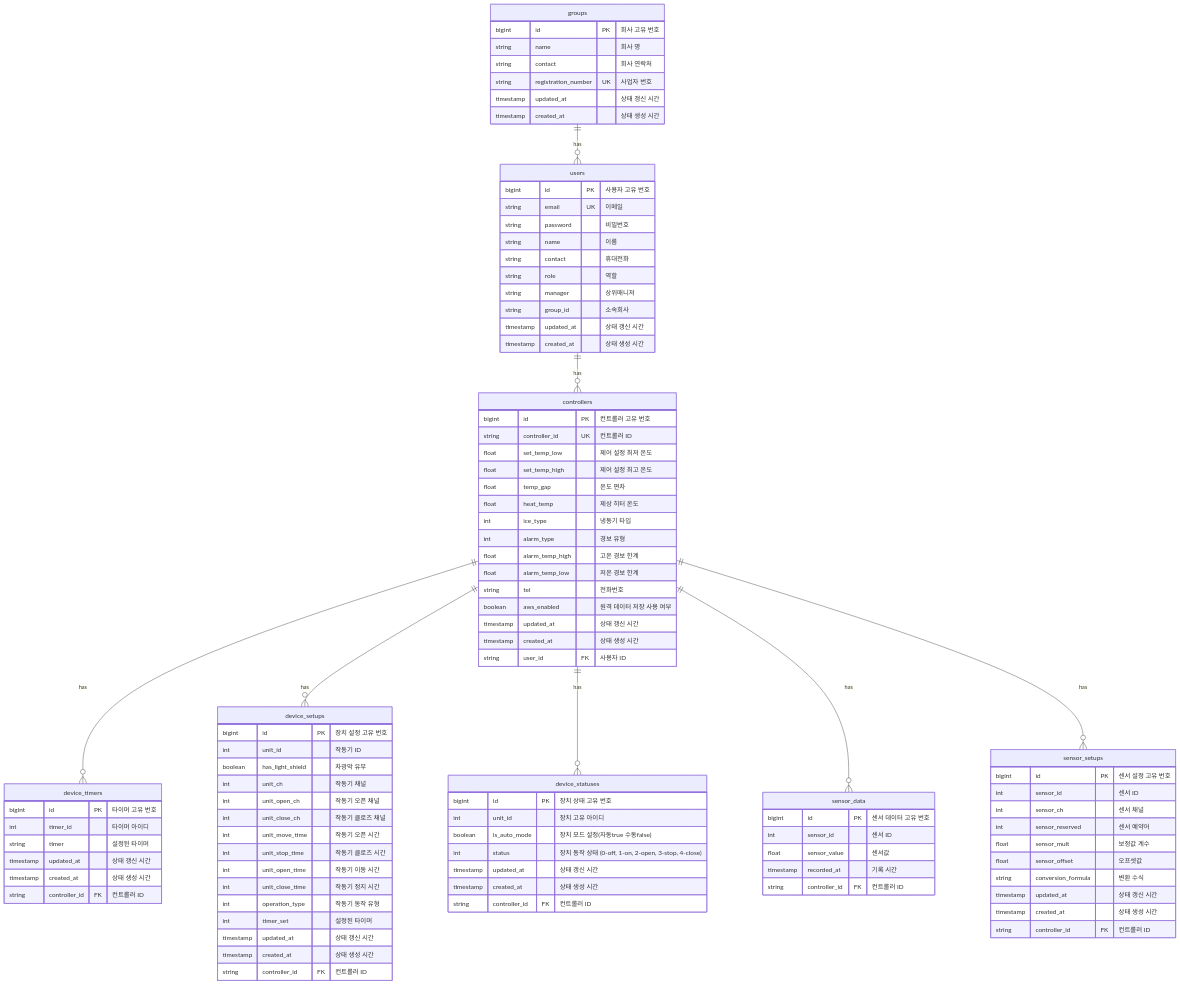
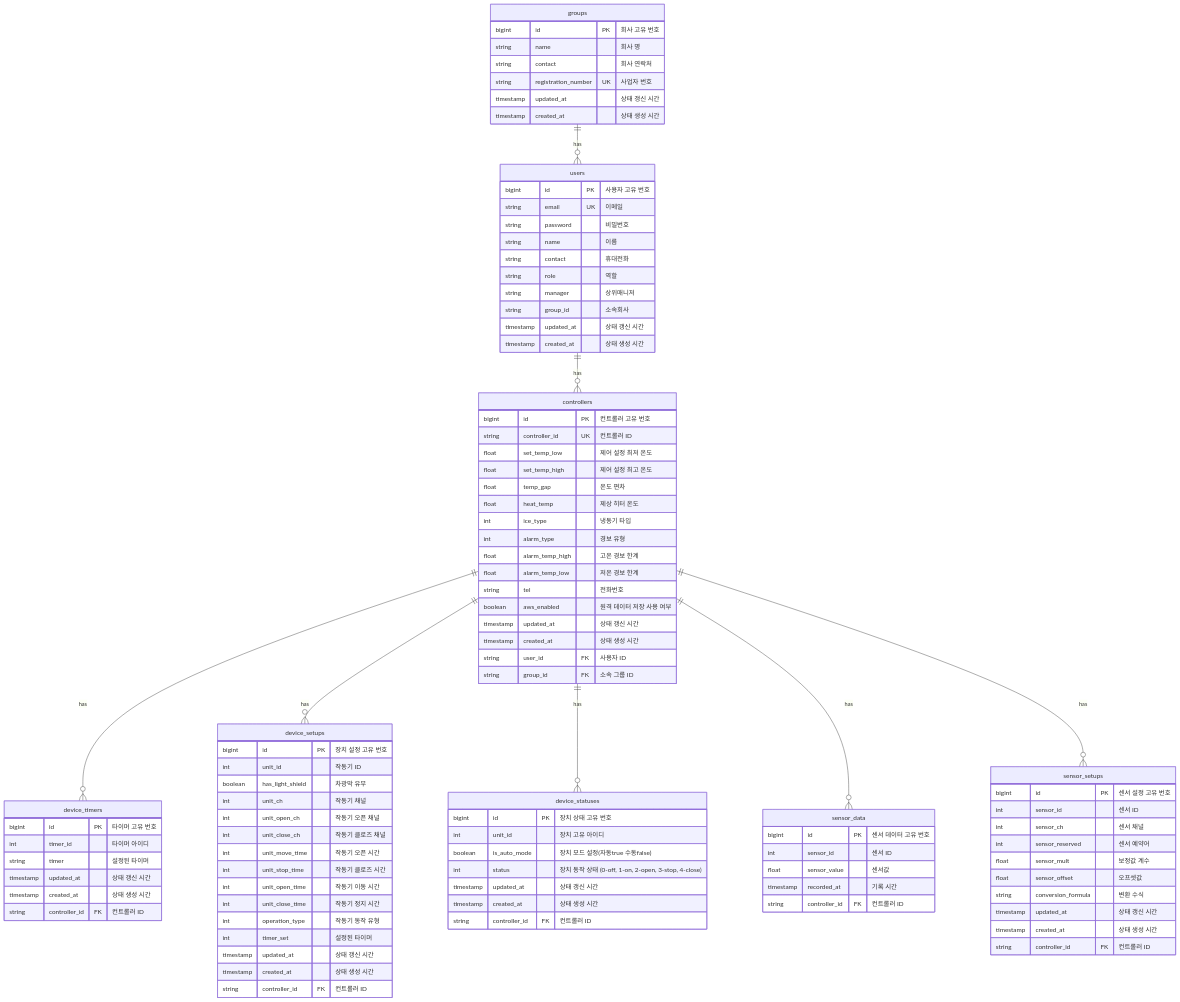
Before and after one commit to na03266/smart_farm_back: the diagram in src/main/docs/database_design.md, drawn with Mermaid. The commit also changed 6 other files, not shown here.

```diff
--- a/src/main/docs/database_design.md
+++ b/src/main/docs/database_design.md
@@ -22,8 +22,8 @@
         timestamp updated_at "상태 갱신 시간"
         timestamp created_at "상태 생성 시간"
     }
-    
-    groups{
+
+    groups {
         bigint id PK "회사 고유 번호"
         string name "회사 명"
         string contact "회사 연락처"
@@ -48,6 +48,7 @@
         timestamp updated_at "상태 갱신 시간"
         timestamp created_at "상태 생성 시간"
         string user_id FK "사용자 ID"
+        string group_id FK "소속 그룹 ID"
     }
 
     device_timers {
```
